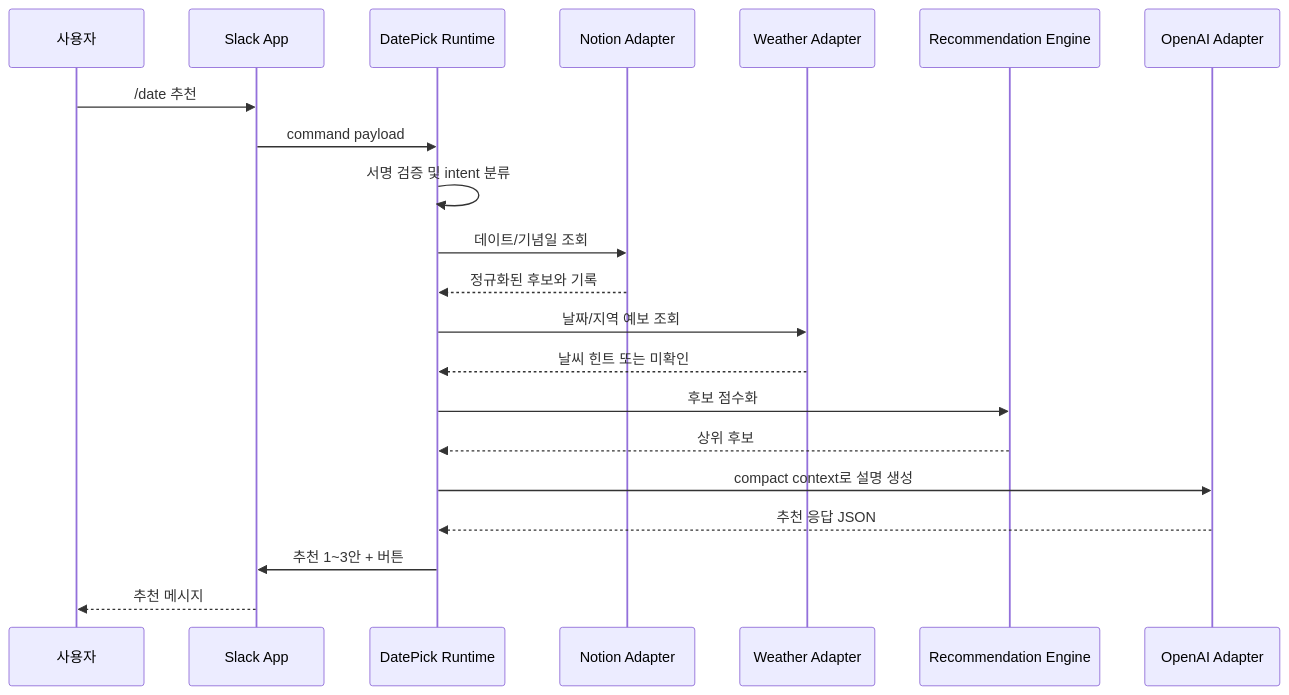
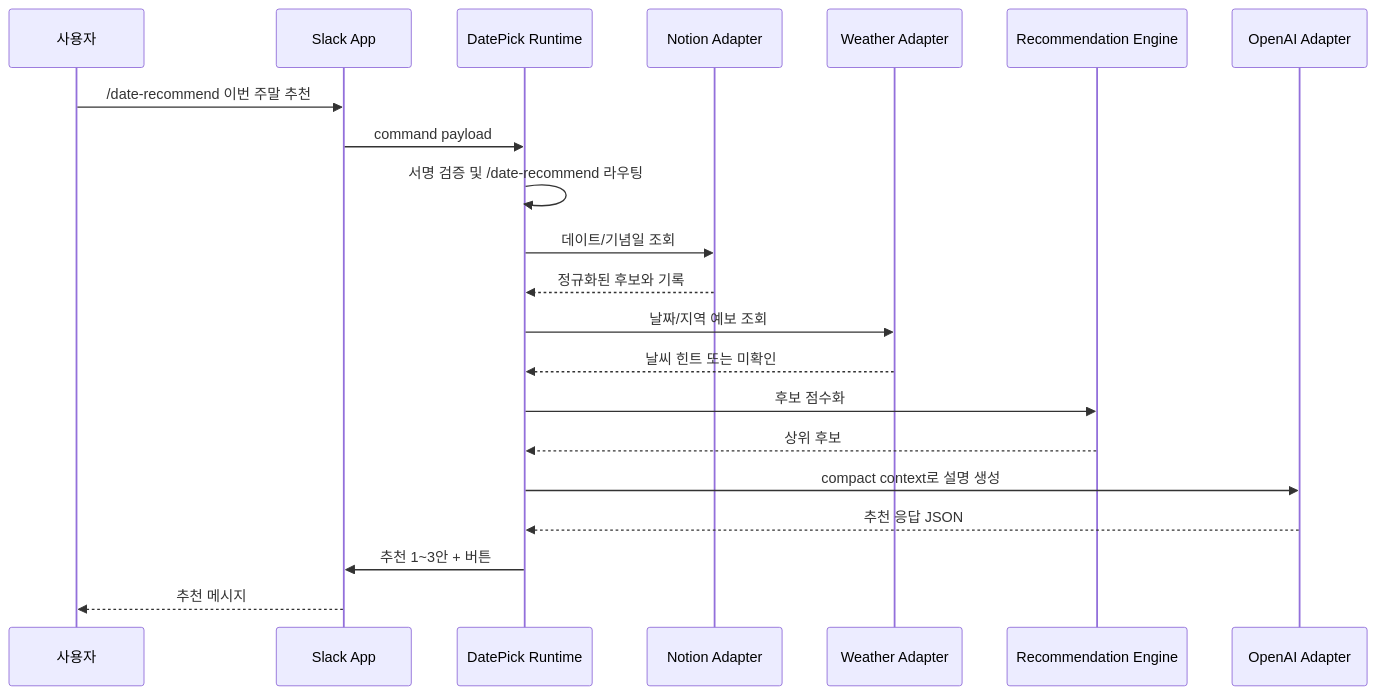
Before and after one commit to jjj5306/date-pick: the first of 3 diagrams in docs/001-데이트봇-mvp/architecture.md, drawn with Mermaid. The commit also changed other lines of this file and 10 other files, not shown here.

````diff
--- a/docs/001-데이트봇-mvp/architecture.md
+++ b/docs/001-데이트봇-mvp/architecture.md
@@ -118,24 +118,24 @@
 ```mermaid
 sequenceDiagram
     participant User as 사용자
     participant Slack as Slack App
     participant App as DatePick Runtime
     participant Notion as Notion Adapter
     participant Weather as Weather Adapter
     participant Reco as Recommendation Engine
     participant OpenAI as OpenAI Adapter
 
-    User->>Slack: /date 추천
+    User->>Slack: /date-recommend 이번 주말 추천
     Slack->>App: command payload
-    App->>App: 서명 검증 및 intent 분류
+    App->>App: 서명 검증 및 /date-recommend 라우팅
     App->>Notion: 데이트/기념일 조회
     Notion-->>App: 정규화된 후보와 기록
     App->>Weather: 날짜/지역 예보 조회
     Weather-->>App: 날씨 힌트 또는 미확인
     App->>Reco: 후보 점수화
     Reco-->>App: 상위 후보
     App->>OpenAI: compact context로 설명 생성
     OpenAI-->>App: 추천 응답 JSON
     App->>Slack: 추천 1~3안 + 버튼
     Slack-->>User: 추천 메시지
 ```
````
